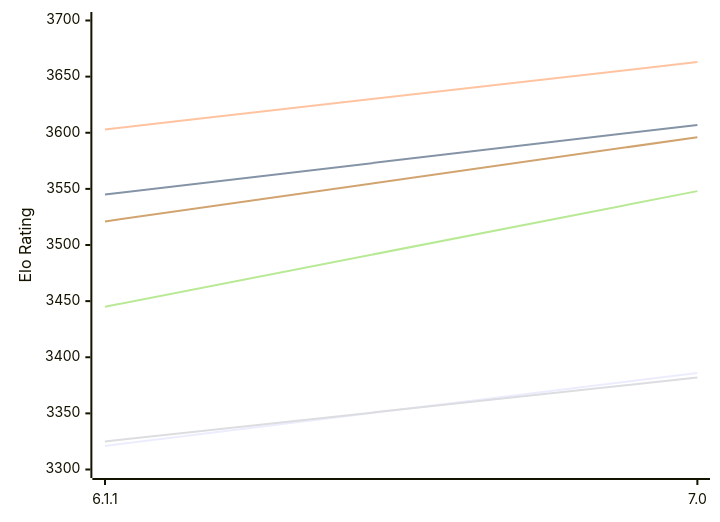
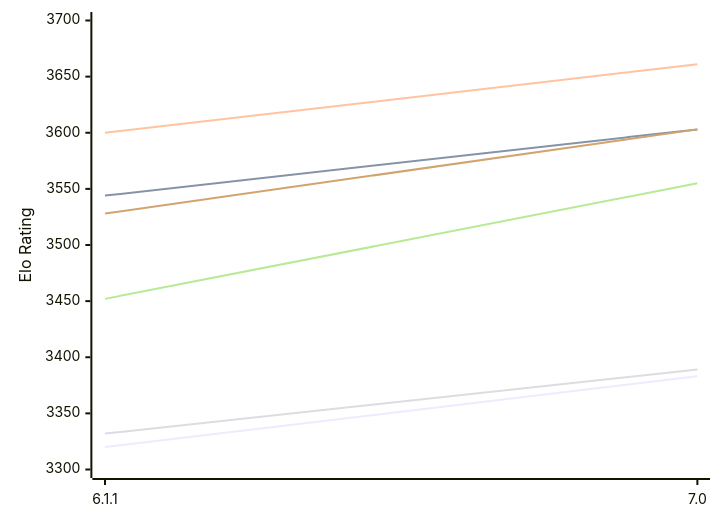
One commit to computer-chess-index/cci changed the first of 2 diagrams in engines/Astra.md. Above: the diagram before and after it, drawn with Mermaid. The commit also changed other lines of this file, not shown here.

Commit message:
Update CCI Ratings (ELO VLTC) - 2026-11-23

````diff
--- a/engines/Astra.md
+++ b/engines/Astra.md
@@ -50,12 +50,12 @@
 ```mermaid
 %%{init: {"theme":"base","themeVariables":{"seriesColors:['#a3a3a3','#222221','#faa371']}}}%%
 xychart-beta
   x-axis ["6.1.1", "7.0"]
   y-axis "Elo Rating" 3300 --> 3700
-  line "E1: STC (8.0+0.08s)" [3321, 3386]
-  line "E1: LTC (60.0+0.60s)" [3545, 3607]
-  line "E1: VLTC (2m24s+1.12s)" [3603, 3663]
-  line "P1: STC (8.0+0.08s)" [3325, 3382]
-  line "P1: LTC (60.0+0.60s)" [3445, 3548]
-  line "P1: VLTC (2m24s+1.12s)" [3521, 3596]
+  line "E1: STC (8.0+0.08s)" [3320, 3383]
+  line "E1: LTC (60.0+0.60s)" [3544, 3603]
+  line "E1: VLTC (2m24s+1.12s)" [3600, 3661]
+  line "P1: STC (8.0+0.08s)" [3332, 3389]
+  line "P1: LTC (60.0+0.60s)" [3452, 3555]
+  line "P1: VLTC (2m24s+1.12s)" [3528, 3603]
 ```
````
